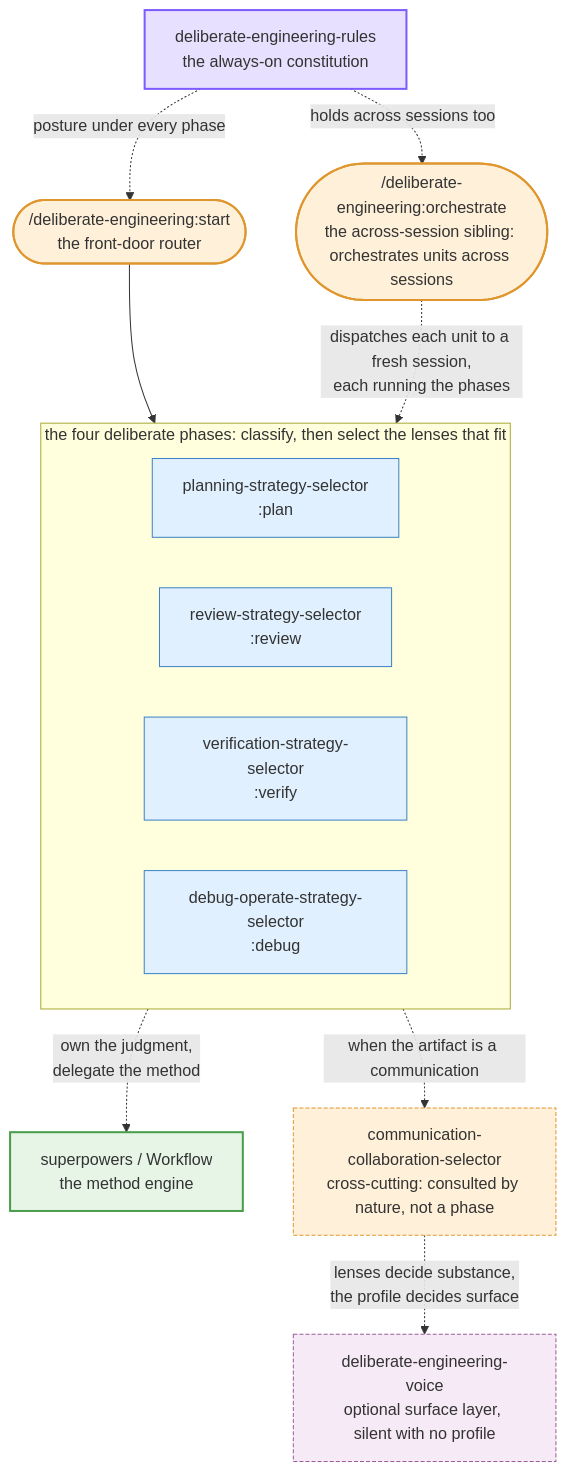
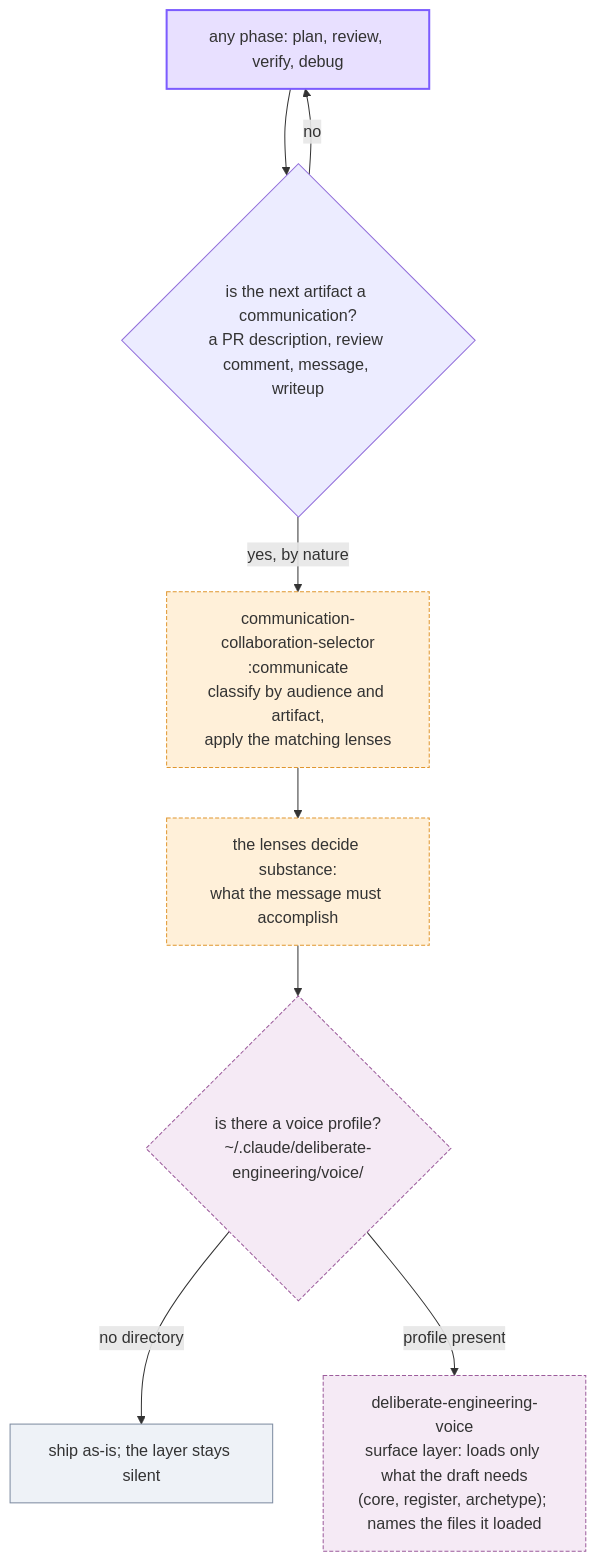
The second of 3 diagrams in docs/architecture-and-usage.md (lucasfugisawa/deliberate-engineering), drawn with Mermaid before and after one commit. The commit also changed other lines of this file and 1 other file, not shown here.

First line of the commit message:
Docs: diagram-first on-ramp + a leaner README (#17) (#27)

````diff
--- a/docs/architecture-and-usage.md
+++ b/docs/architecture-and-usage.md
@@ -11,36 +58,27 @@
 ```mermaid
 flowchart TD
-    rules["deliberate-engineering-rules<br/>the always-on constitution"]
-    start(["/deliberate-engineering:start<br/>the front-door router"])
-    orchestrate(["/deliberate-engineering:orchestrate<br/>the across-session sibling: orchestrates units across sessions"])
-    subgraph phases["the four deliberate phases: classify, then select the lenses that fit"]
-        plan["planning-strategy-selector<br/>:plan"]
-        review["review-strategy-selector<br/>:review"]
-        verify["verification-strategy-selector<br/>:verify"]
-        debug["debug-operate-strategy-selector<br/>:debug"]
-    end
-    engine["superpowers / Workflow<br/>the method engine"]
-    comms["communication-collaboration-selector<br/>cross-cutting: consulted by nature, not a phase"]
-    voice["deliberate-engineering-voice<br/>optional surface layer, silent with no profile"]
+    phase["any phase: plan, review, verify, debug"]
+    artifact{"is the next artifact a communication?<br/>a PR description, review comment, message, writeup"}
+    comms["communication-collaboration-selector<br/>:communicate<br/>classify by audience and artifact,<br/>apply the matching lenses"]
+    substance["the lenses decide substance:<br/>what the message must accomplish"]
+    voice{"is there a voice profile?<br/>~/.claude/deliberate-engineering/voice/"}
+    silent["ship as-is; the layer stays silent"]
+    profile["deliberate-engineering-voice<br/>surface layer: loads only what the draft needs<br/>(core, register, archetype); names the files it loaded"]
 
-    rules -.->|posture under every phase| start
-    rules -.->|holds across sessions too| orchestrate
-    start --> phases
-    orchestrate -.->|dispatches each unit to a fresh session,<br/>each running the phases| phases
-    phases -.->|own the judgment,<br/>delegate the method| engine
-    phases -.->|when the artifact is a communication| comms
-    comms -.->|lenses decide substance,<br/>the profile decides surface| voice
+    phase --> artifact
+    artifact -->|no| phase
+    artifact -->|yes, by nature| comms
+    comms --> substance
+    substance --> voice
+    voice -->|no directory| silent
+    voice -->|profile present| profile
 
-    classDef constitution fill:#e8e0ff,stroke:#7c5cff,stroke-width:2px;
-    classDef router fill:#fff0d9,stroke:#e0962e,stroke-width:2px;
-    classDef phase fill:#e0f0ff,stroke:#3b82c4,stroke-width:1px;
-    classDef engine fill:#e6f5e6,stroke:#4a9d4a,stroke-width:2px;
+    classDef entry fill:#e8e0ff,stroke:#7c5cff,stroke-width:2px;
     classDef comms fill:#fff0d9,stroke:#e0962e,stroke-width:1px,stroke-dasharray:4 2;
     classDef voice fill:#f5eaf5,stroke:#9c5c9c,stroke-width:1px,stroke-dasharray:4 2;
-    class rules constitution
-    class start,orchestrate router
-    class plan,review,verify,debug phase
-    class engine engine
-    class comms comms
-    class voice voice
+    classDef plain fill:#eef2f7,stroke:#7c8aa0,stroke-width:1px;
+    class phase entry
+    class comms,substance comms
+    class voice,profile voice
+    class silent plain
 ```
````
